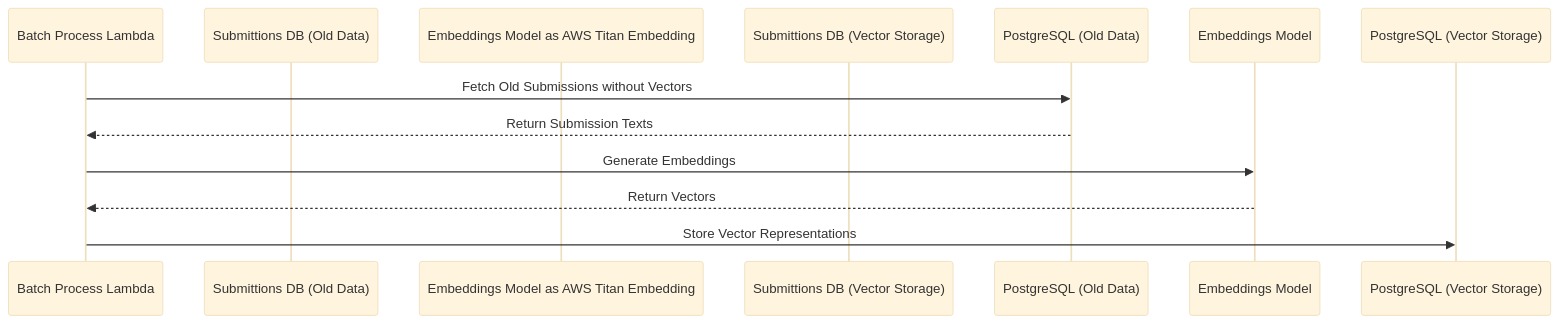
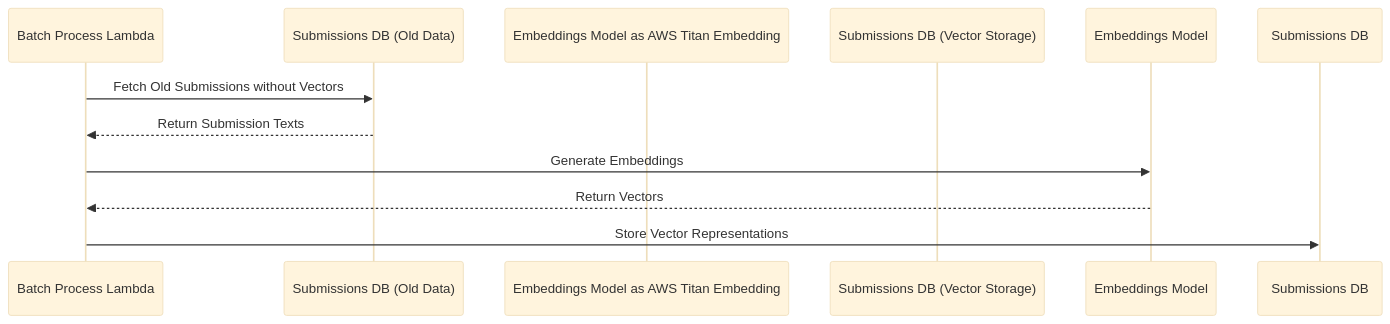
One commit to architectrons/arch-kata-2025 changed the fifth of 5 diagrams in ai_architecture_submittion.md. Above: the diagram before and after it, drawn with Mermaid (base theme). The commit also changed other lines of this file, not shown here.

````diff
--- a/ai_architecture_submittion.md
+++ b/ai_architecture_submittion.md
@@ -113,15 +113,15 @@
 ```mermaid
 sequenceDiagram
     participant Batch Process Lambda
-    participant Submittions DB (Old Data)
+    participant Submissions DB (Old Data)
     participant Embeddings Model as AWS Titan Embedding
-    participant Submittions DB (Vector Storage)
+    participant Submissions DB (Vector Storage)
 
-    Batch Process Lambda->>PostgreSQL (Old Data): Fetch Old Submissions without Vectors
-    PostgreSQL (Old Data)-->>Batch Process Lambda: Return Submission Texts
+    Batch Process Lambda->>Submissions DB (Old Data): Fetch Old Submissions without Vectors
+    Submissions DB (Old Data)-->>Batch Process Lambda: Return Submission Texts
 
     Batch Process Lambda->>Embeddings Model: Generate Embeddings
     Embeddings Model-->>Batch Process Lambda: Return Vectors
 
-    Batch Process Lambda->>PostgreSQL (Vector Storage): Store Vector Representations
+    Batch Process Lambda->>Submissions DB: Store Vector Representations
 ```
````
